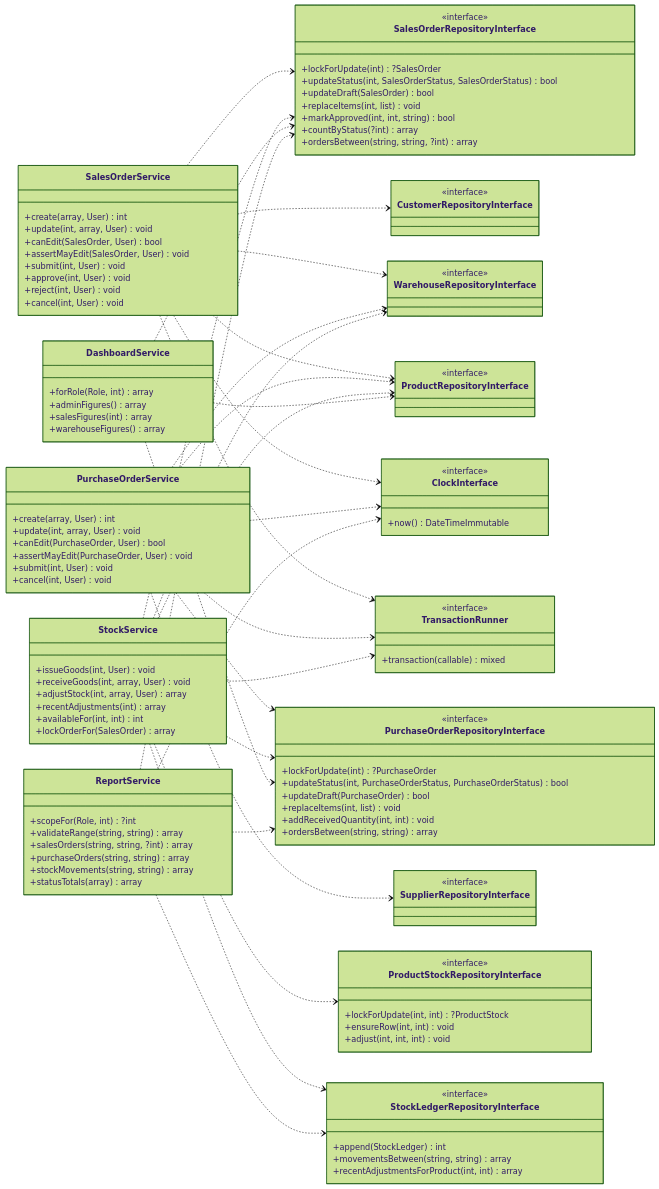
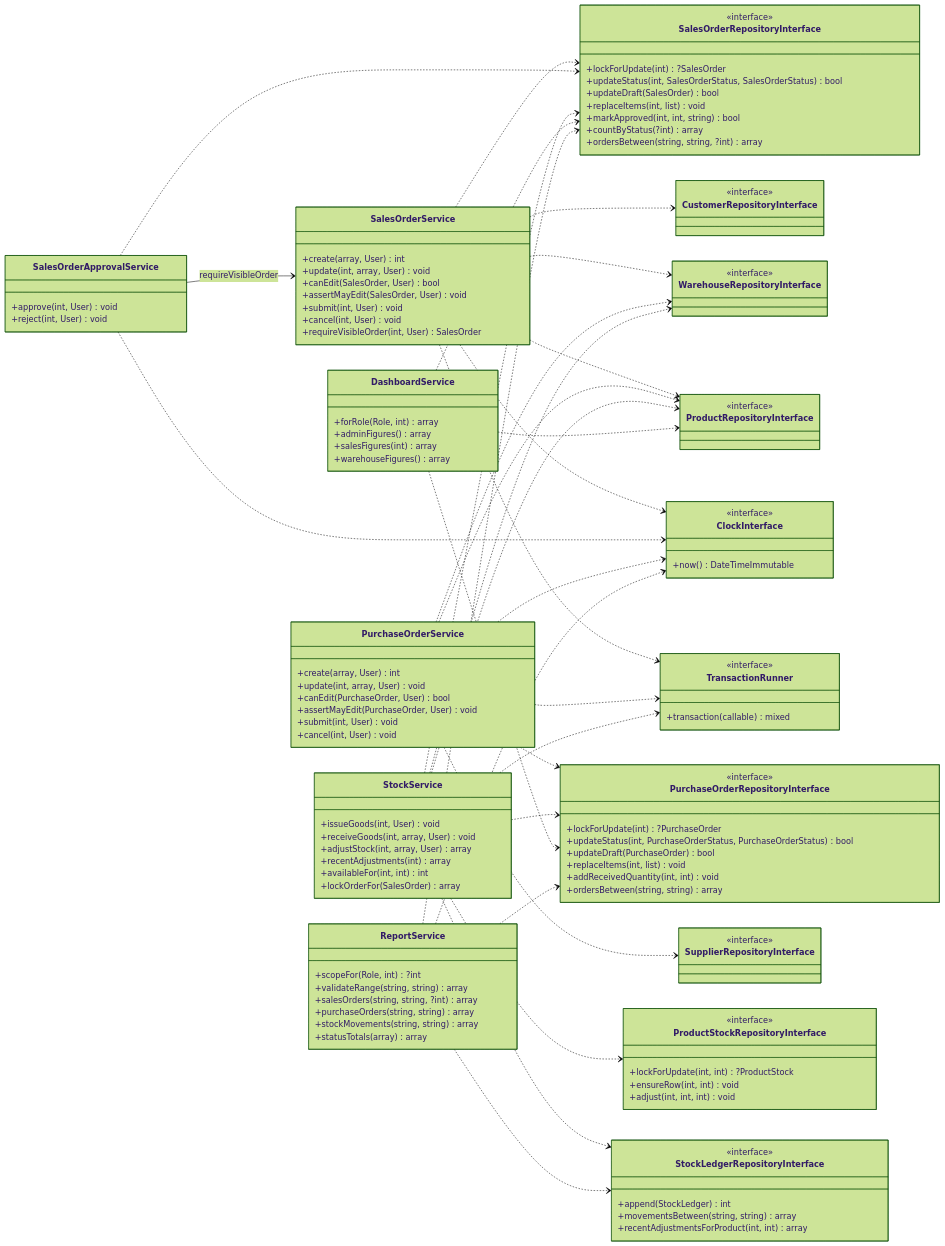
Before and after one commit to WillyMocha/inventory-order-management-system: the first of 4 diagrams in docs/architecture/class-diagram-as-built.md, drawn with Mermaid (forest theme). The commit also changed other lines of this file and 37 other files, not shown here.

Commit message:
refactor: split approval and stock movement actions out of the order classes

```diff
--- a/docs/architecture/class-diagram-as-built.md
+++ b/docs/architecture/class-diagram-as-built.md
@@ -45,9 +45,12 @@
         +canEdit(SalesOrder, User) bool
         +assertMayEdit(SalesOrder, User) void
         +submit(int, User) void
+        +cancel(int, User) void
+        +requireVisibleOrder(int, User) SalesOrder
+    }
+    class SalesOrderApprovalService {
         +approve(int, User) void
         +reject(int, User) void
-        +cancel(int, User) void
     }
     class PurchaseOrderService {
         +create(array, User) int
@@ -139,6 +142,10 @@
     SalesOrderService ..> ClockInterface
     SalesOrderService ..> TransactionRunner
 
+    SalesOrderApprovalService --> SalesOrderService : requireVisibleOrder
+    SalesOrderApprovalService ..> SalesOrderRepositoryInterface
+    SalesOrderApprovalService ..> ClockInterface
+
     PurchaseOrderService ..> PurchaseOrderRepositoryInterface
     PurchaseOrderService ..> SupplierRepositoryInterface
     PurchaseOrderService ..> WarehouseRepositoryInterface
```
